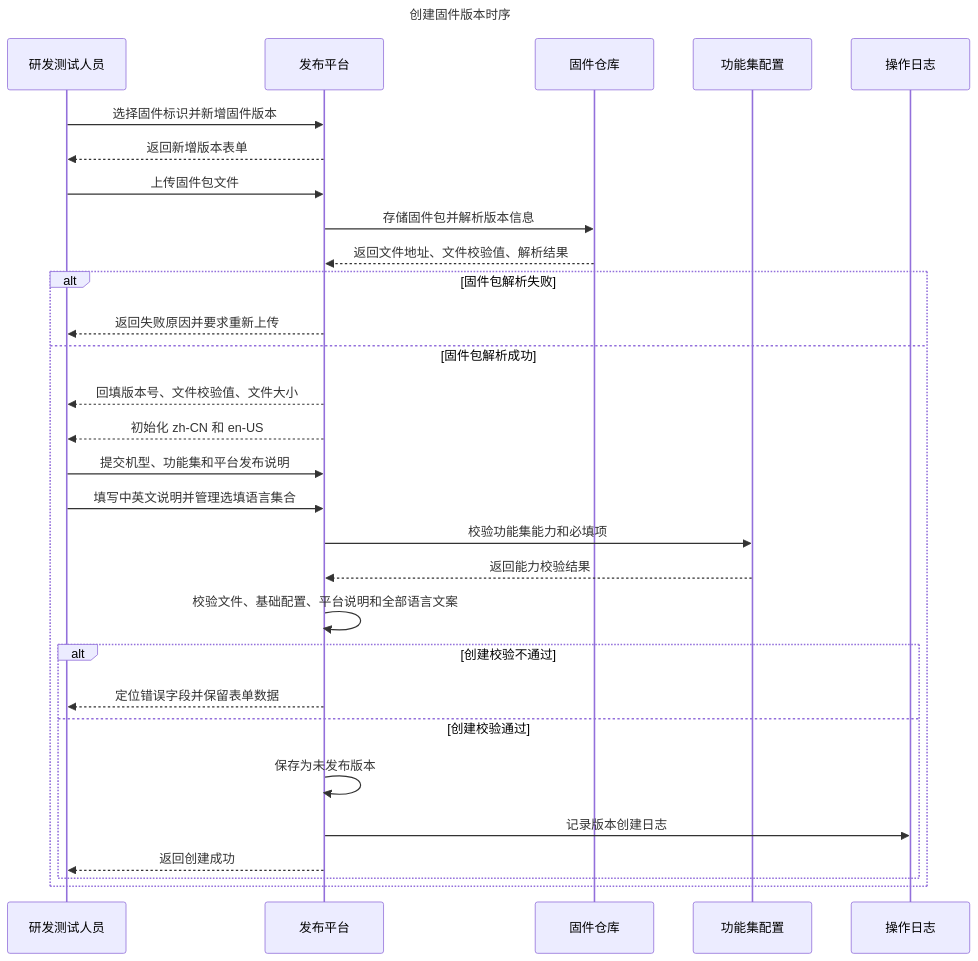
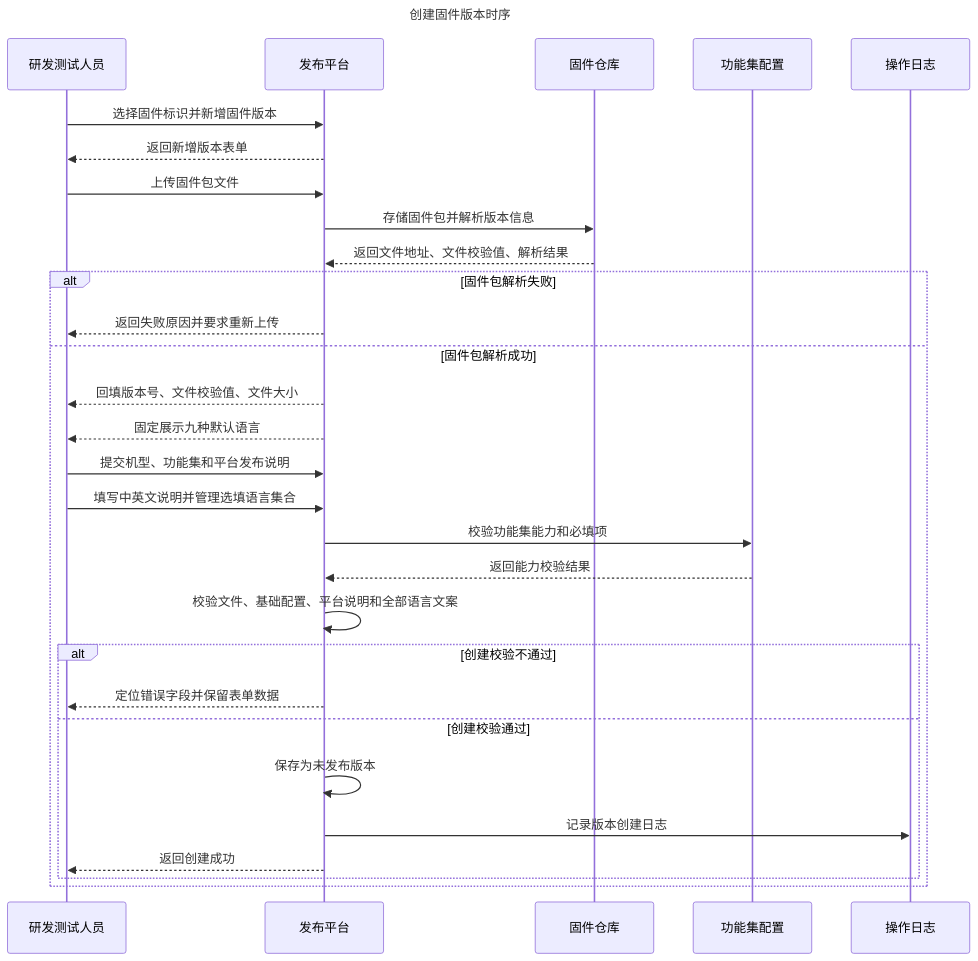
The third of 10 diagrams in 产品文档/固件多语言发布与版本回滚_业务链路流程图.md (tangtangtang-tys/firmware-release-summary), drawn with Mermaid before and after one commit. The commit also changed other lines of this file and 173 other files, not shown here.

````diff
--- a/产品文档/固件多语言发布与版本回滚_业务链路流程图.md
+++ b/产品文档/固件多语言发布与版本回滚_业务链路流程图.md
@@ -235,33 +235,33 @@
 ```mermaid
 sequenceDiagram
     title 创建固件版本时序
     participant 研发测试人员
     participant 发布平台
     participant 固件仓库
     participant 功能集配置
     participant 操作日志
 
     研发测试人员->>发布平台: 选择固件标识并新增固件版本
     发布平台-->>研发测试人员: 返回新增版本表单
     研发测试人员->>发布平台: 上传固件包文件
     发布平台->>固件仓库: 存储固件包并解析版本信息
     固件仓库-->>发布平台: 返回文件地址、文件校验值、解析结果
     alt 固件包解析失败
         发布平台-->>研发测试人员: 返回失败原因并要求重新上传
     else 固件包解析成功
         发布平台-->>研发测试人员: 回填版本号、文件校验值、文件大小
-        发布平台-->>研发测试人员: 初始化 zh-CN 和 en-US
+        发布平台-->>研发测试人员: 固定展示九种默认语言
         研发测试人员->>发布平台: 提交机型、功能集和平台发布说明
         研发测试人员->>发布平台: 填写中英文说明并管理选填语言集合
         发布平台->>功能集配置: 校验功能集能力和必填项
         功能集配置-->>发布平台: 返回能力校验结果
         发布平台->>发布平台: 校验文件、基础配置、平台说明和全部语言文案
         alt 创建校验不通过
             发布平台-->>研发测试人员: 定位错误字段并保留表单数据
         else 创建校验通过
             发布平台->>发布平台: 保存为未发布版本
             发布平台->>操作日志: 记录版本创建日志
             发布平台-->>研发测试人员: 返回创建成功
         end
     end
 ```
````
